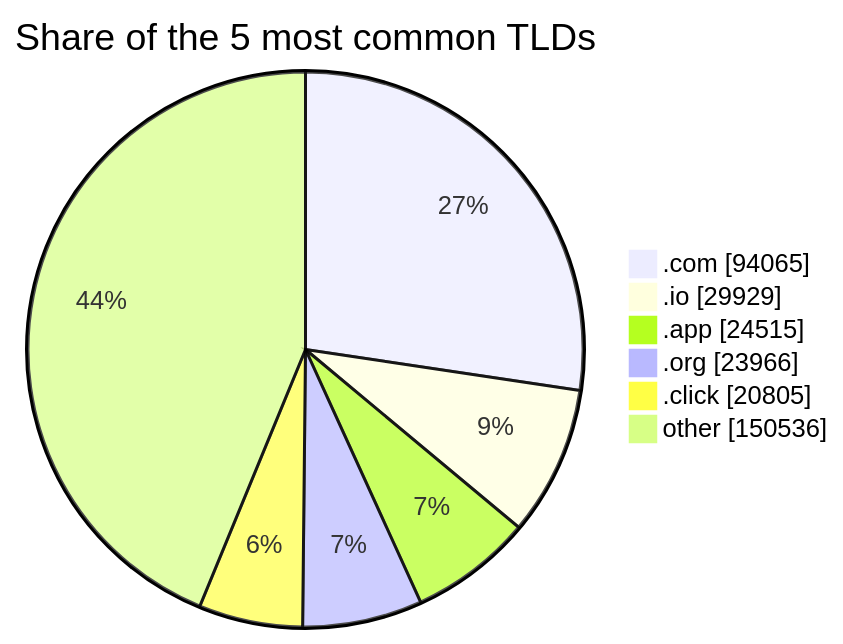
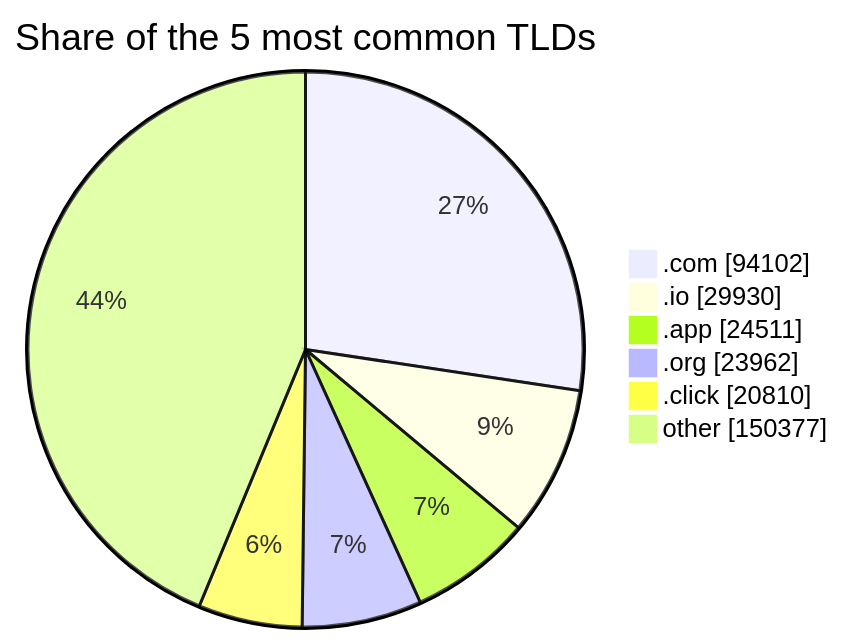
One commit to DNSBunker/CTI changed the third of 3 diagrams in README.md. Above: the diagram before and after it, drawn with Mermaid. The commit also changed other lines of this file and 4 other files, not shown here.

````diff
--- a/README.md
+++ b/README.md
@@ -81,9 +81,9 @@
 ```mermaid
 pie showData title Share of the 5 most common TLDs
-    ".com" : 94065
-    ".io" : 29929
-    ".app" : 24515
-    ".org" : 23966
-    ".click" : 20805
-    "other" : 150536
+    ".com" : 94102
+    ".io" : 29930
+    ".app" : 24511
+    ".org" : 23962
+    ".click" : 20810
+    "other" : 150377
 ```
````
